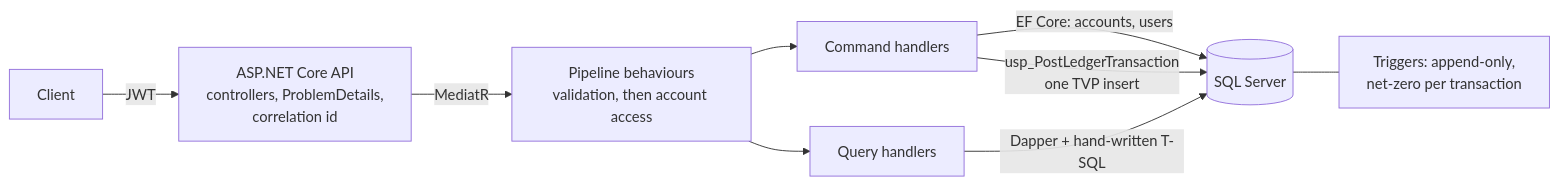
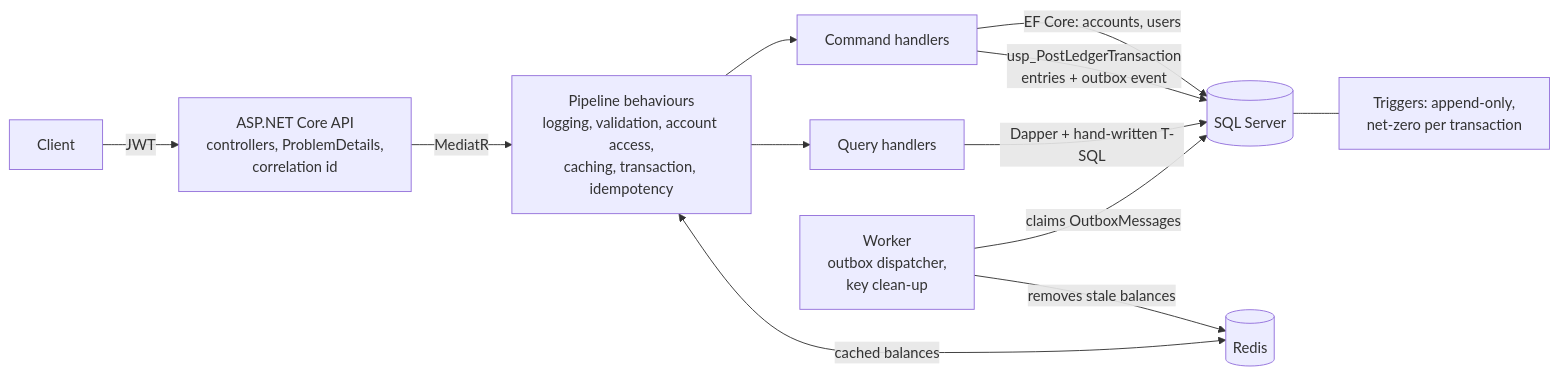
One commit to aymankuy/LedgerCore changed the diagram in README.md. Above: the diagram before and after it, drawn with Mermaid. The commit also changed other lines of this file and 1 other file, not shown here.

First line of the commit message:
docs: name every Phase 3 pattern in the README and explain the outbox

````diff
--- a/README.md
+++ b/README.md
@@ -11,11 +11,14 @@
 ```mermaid
 flowchart LR
     Client -->|JWT| Api[ASP.NET Core API<br/>controllers, ProblemDetails,<br/>correlation id]
-    Api -->|MediatR| Pipeline[Pipeline behaviours<br/>validation, then account access]
+    Api -->|MediatR| Pipeline[Pipeline behaviours<br/>logging, validation, account access,<br/>caching, transaction, idempotency]
     Pipeline --> Commands[Command handlers]
     Pipeline --> Queries[Query handlers]
+    Pipeline <-->|cached balances| Redis[(Redis)]
     Commands -->|EF Core: accounts, users| Db[(SQL Server)]
-    Commands -->|usp_PostLedgerTransaction<br/>one TVP insert| Db
+    Commands -->|usp_PostLedgerTransaction<br/>entries + outbox event| Db
     Queries -->|Dapper + hand-written T-SQL| Db
     Db --- Rules[Triggers: append-only,<br/>net-zero per transaction]
+    Worker[Worker<br/>outbox dispatcher,<br/>key clean-up] -->|claims OutboxMessages| Db
+    Worker -->|removes stale balances| Redis
 ```
````
